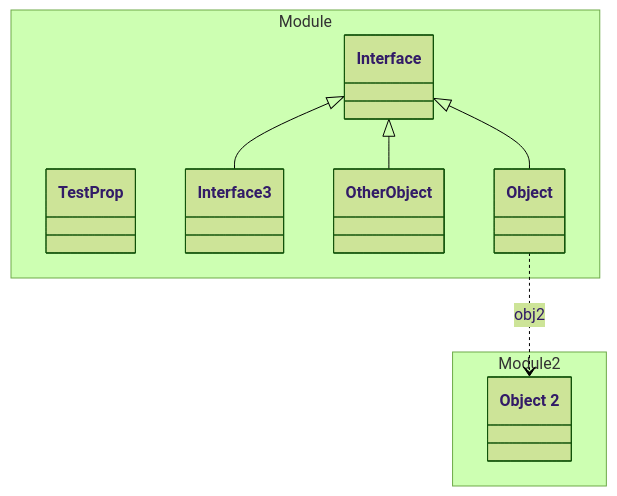
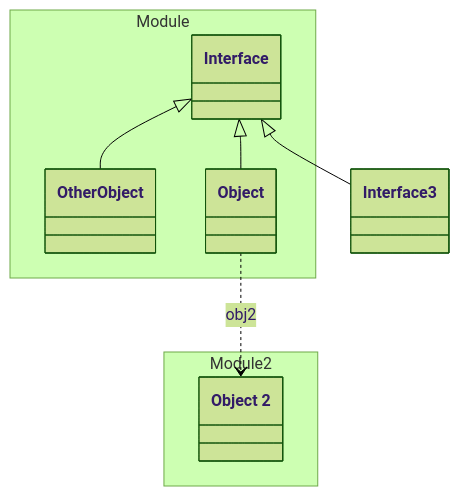
One commit to lizzyTheLizard/domain-schema-documentation changed the diagram in tests/java/expected/Module/README.md. Above: the diagram before and after it, drawn with Mermaid (forest theme). The commit also changed 5 other files, not shown here.

````diff
--- a/tests/java/expected/Module/README.md
+++ b/tests/java/expected/Module/README.md
@@ -6,23 +6,19 @@
 ```mermaid
 classDiagram
 namespace Module {
   class _Module_Interface_yaml["Interface"]
-  class TestProp["TestProp"]
-  class Interface3["Interface3"]
   class OtherObject["OtherObject"]
   class _Module_Object_yaml["Object"]
 }
 namespace Module 2 {
   class _Module2_Object2_yaml["Object 2"]
 }
 _Module_Interface_yaml <|-- _Module_Object_yaml 
 _Module_Interface_yaml <|-- OtherObject 
 _Module_Interface_yaml <|-- Interface3 
 _Module_Object_yaml ..> _Module2_Object2_yaml :obj2
 click _Module_Interface_yaml href "./Interface.yaml.html" "Interface"
-click TestProp href "./Interface.yaml.html" "Interface"
-click Interface3 href "./Interface.yaml.html" "Interface"
 click OtherObject href "./Interface.yaml.html" "Interface"
 click _Module_Object_yaml href "./Object.yaml.html" "Object"
 click _Module2_Object2_yaml href "../Module2/Object2.yaml.html" "Object 2"
 ```
````
